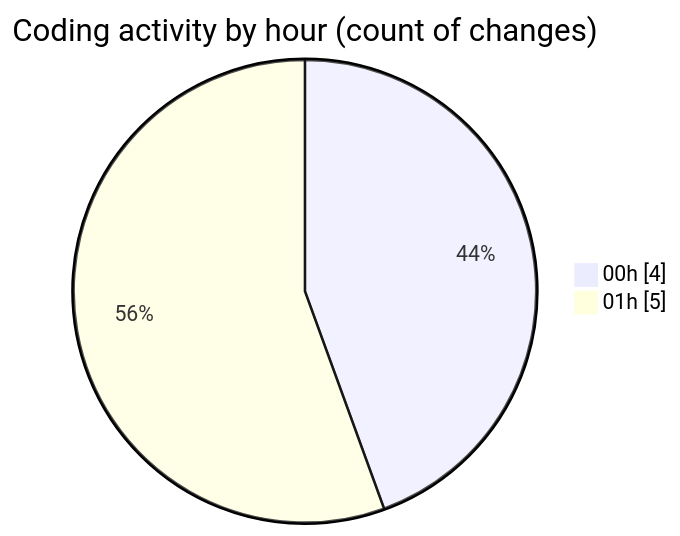
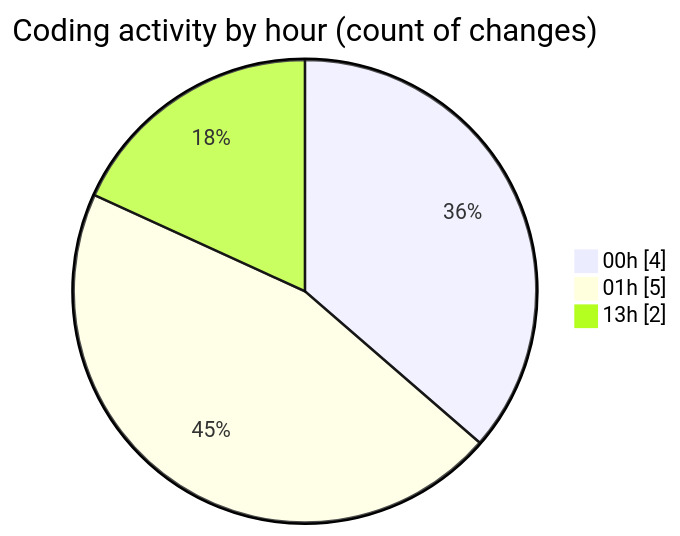
Before and after one commit to EIIisD/code-tracking: the second of 2 diagrams in 2025-08-11/transactions-new/README.md, drawn with Mermaid. The commit also changed other lines of this file and 1 other file, not shown here.

````diff
--- a/2025-08-11/transactions-new/README.md
+++ b/2025-08-11/transactions-new/README.md
@@ -37,6 +39,7 @@
 ```mermaid
 pie showData
 title Coding activity by hour (count of changes)
 "00h" : 4
 "01h" : 5
+"13h" : 2
 ```
````
